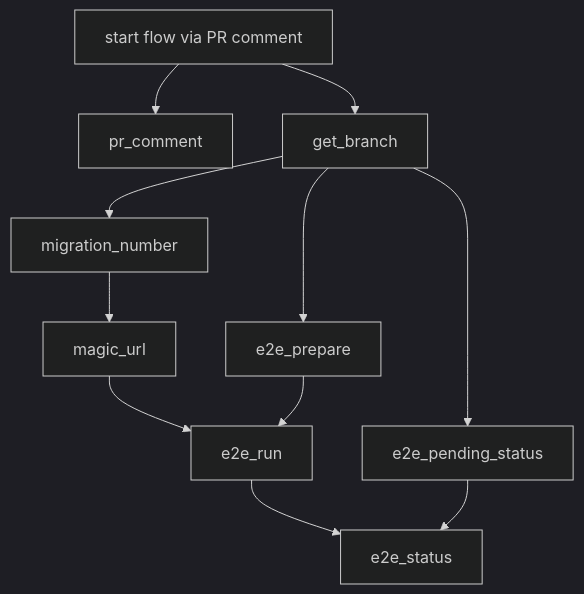
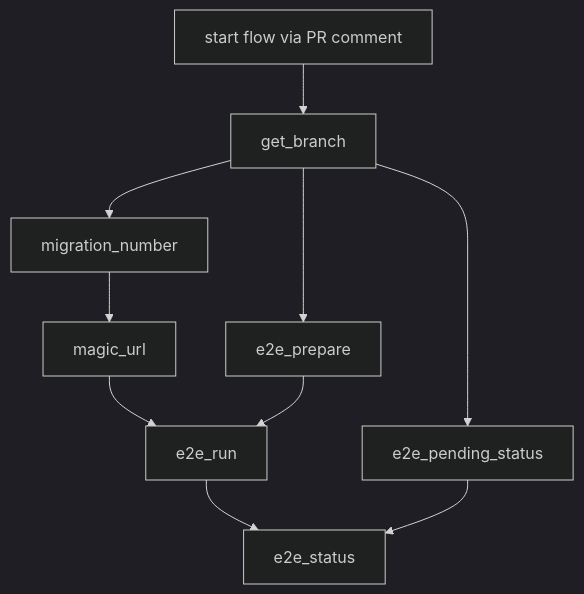
Before and after one commit to JupiterOne/.github: the diagram in .github/workflows/docs/frontend/frontend_runtime_application_manual_e2e_run.md, drawn with Mermaid (dark theme). The commit also changed 5 other files, not shown here.

````diff
--- a/.github/workflows/docs/frontend/frontend_runtime_application_manual_e2e_run.md
+++ b/.github/workflows/docs/frontend/frontend_runtime_application_manual_e2e_run.md
@@ -73,23 +73,21 @@
 ```mermaid
 graph TD;
     A[start flow via PR comment];
-    B[pr_comment]
-    C[get_branch]
-    D[e2e_pending_status]
-    E[migration_number];
-    G[e2e_prepare];
-    H[magic_url];
-    I[e2e_run];
-    J[e2e_status];
+    B[get_branch]
+    C[e2e_pending_status]
+    D[migration_number];
+    E[e2e_prepare];
+    F[magic_url];
+    G[e2e_run];
+    H[e2e_status];
 
     A --> B;
-    A --> C;
-    C --> E;
-    C --> G;
-    C --> D;
-    E --> H;
-    H --> I;
-    I --> J;
-    D --> J;
-    G --> I;
+    B --> D;
+    B --> E;
+    B --> C;
+    D --> F;
+    F --> G;
+    G --> H;
+    C --> H;
+    E --> G;
 ```
````
